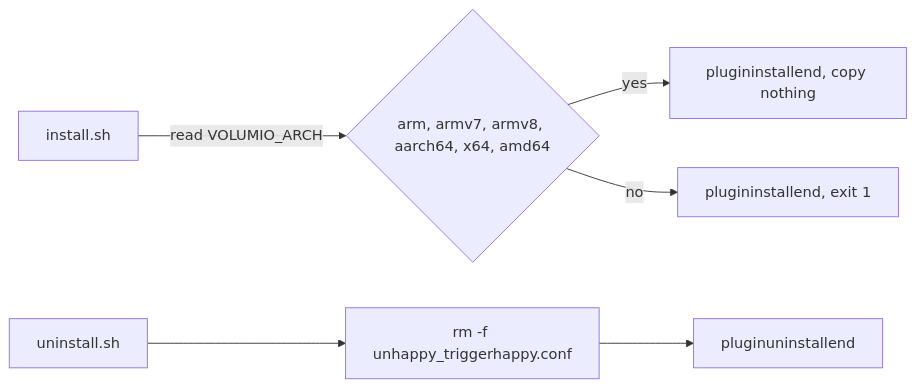
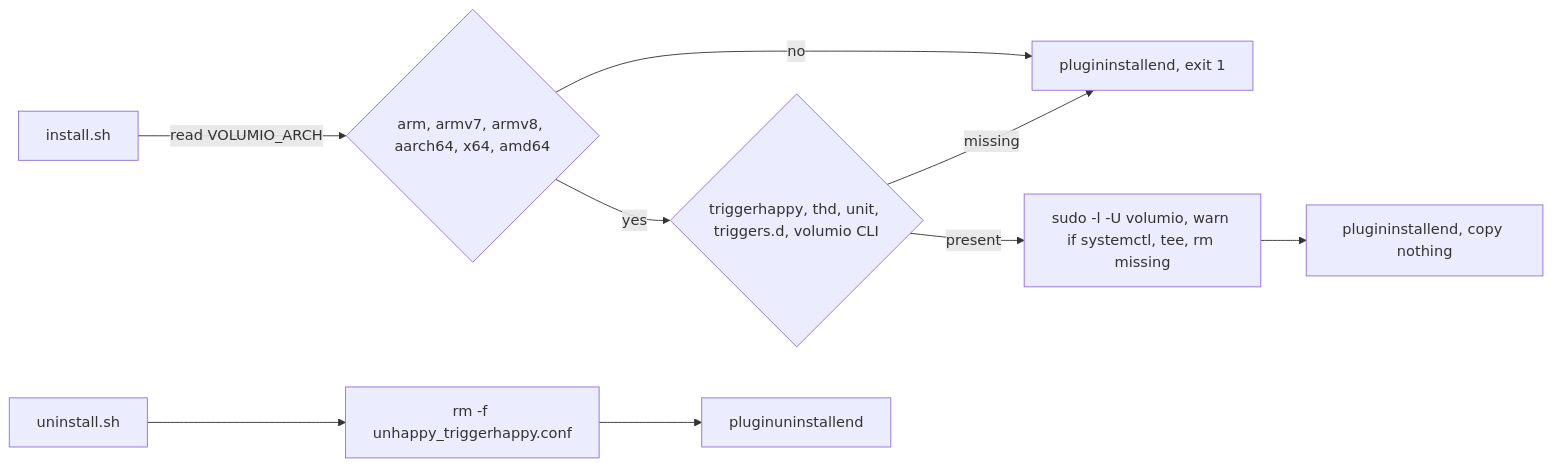
The fifth of 6 diagrams in README.md (foonerd/unhappy), drawn with Mermaid before and after one commit. The commit also changed other lines of this file and 1 other file, not shown here.

First line of the commit message:
feat(install): check triggerhappy dependencies before install

````diff
--- a/README.md
+++ b/README.md
@@ -116,8 +116,11 @@
 ```mermaid
 flowchart LR
   INSTALL["install.sh"] -->|"read VOLUMIO_ARCH"| ARCH{"arm, armv7, armv8, aarch64, x64, amd64"}
-  ARCH -->|yes| ENDI["plugininstallend, copy nothing"]
   ARCH -->|no| FAIL["plugininstallend, exit 1"]
+  ARCH -->|yes| DEPS{"triggerhappy, thd, unit, triggers.d, volumio CLI"}
+  DEPS -->|missing| FAIL
+  DEPS -->|present| SUDO["sudo -l -U volumio, warn if systemctl, tee, rm missing"]
+  SUDO --> ENDI["plugininstallend, copy nothing"]
   UNINSTALL["uninstall.sh"] --> RM["rm -f unhappy_triggerhappy.conf"]
   RM --> ENDU["pluginuninstallend"]
 ```
````
